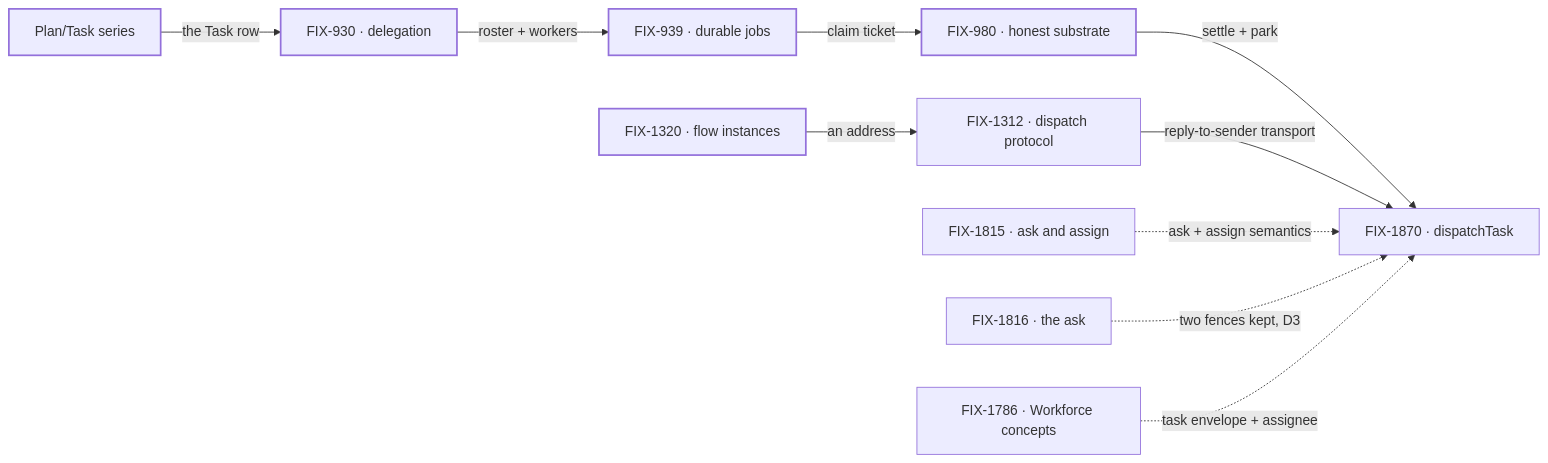
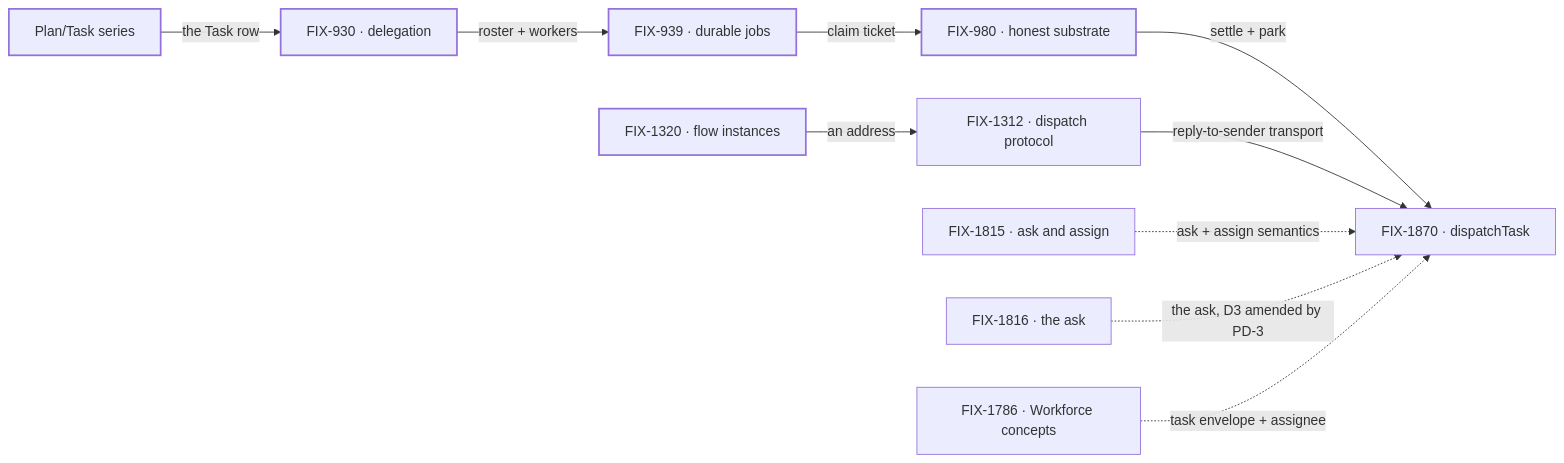
Before and after one commit to fixpoint-labs/flow-state-dev: the diagram in spec/_projects/orchestration-primitives/SPEC.md, drawn with Mermaid. The commit also changed other lines of this file and 4 other files, not shown here.

````diff
--- a/spec/_projects/orchestration-primitives/SPEC.md
+++ b/spec/_projects/orchestration-primitives/SPEC.md
@@ -45,15 +45,15 @@
 ```mermaid
 flowchart LR
   PT["Plan/Task series"] -->|"the Task row"| D930["FIX-930 · delegation"]
   D930 -->|"roster + workers"| D939["FIX-939 · durable jobs"]
   D939 -->|"claim ticket"| D980["FIX-980 · honest substrate"]
   D1320["FIX-1320 · flow instances"] -->|"an address"| D1312["FIX-1312 · dispatch protocol"]
   D980 -->|"settle + park"| D1870["FIX-1870 · dispatchTask"]
   D1312 -->|"reply-to-sender transport"| D1870
   X1815["FIX-1815 · ask and assign"] -.->|"ask + assign semantics"| D1870
-  X1816["FIX-1816 · the ask"] -.->|"two fences kept, D3"| D1870
+  X1816["FIX-1816 · the ask"] -.->|"the ask, D3 amended by PD-3"| D1870
   X1786["FIX-1786 · Workforce concepts"] -.->|"task envelope + assignee"| D1870
   classDef done stroke-width:2px
   classDef proposed stroke-dasharray:4 3
   class PT,D930,D939,D980,D1320 done
 ```
````
